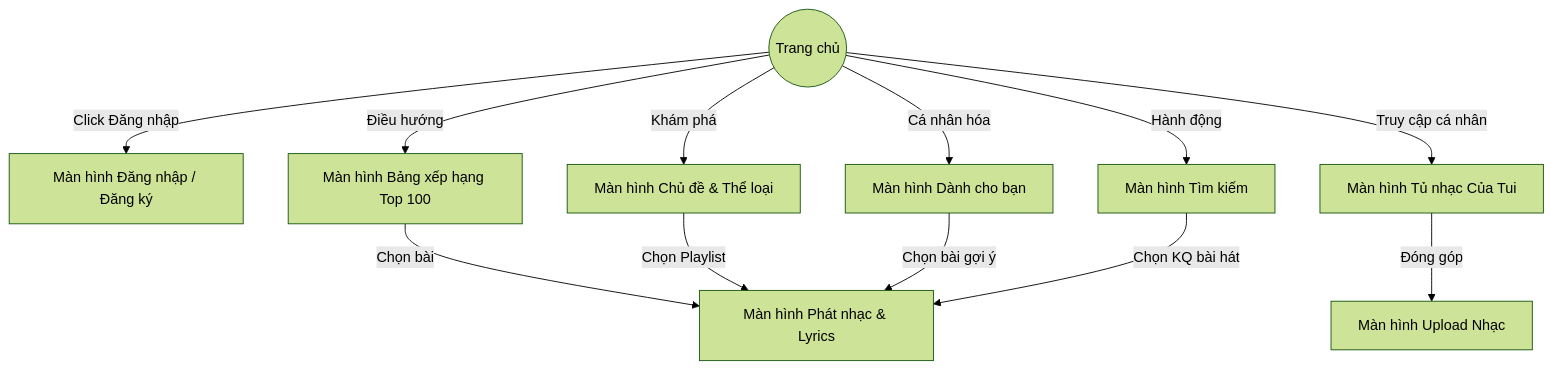
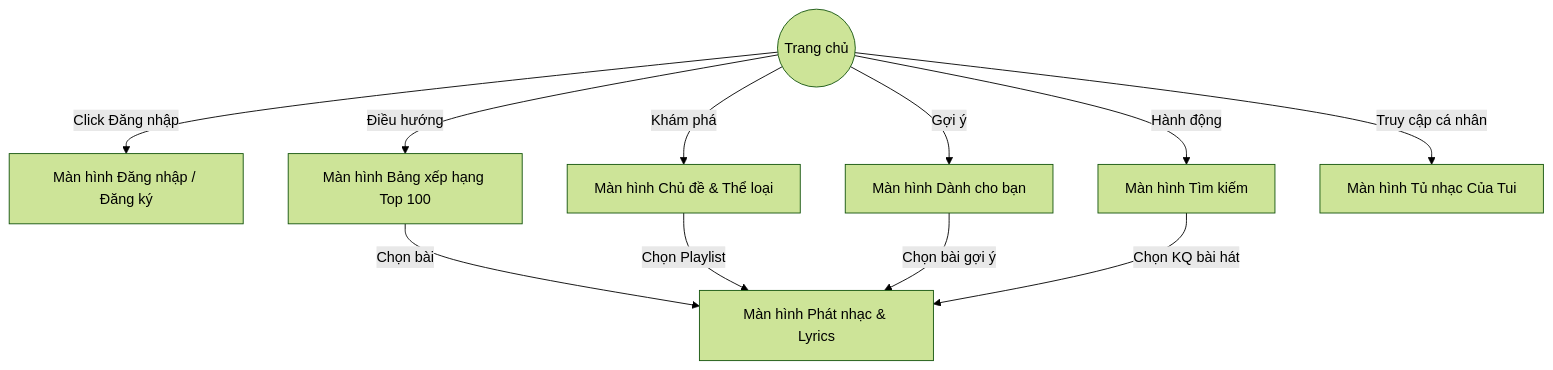
One commit to NguyenThaiVinh0494/DACNPM_OnlineMusicStreamingWebsite changed the fourth of 5 diagrams in Tài Liệu/SRS.md. Above: the diagram before and after it, drawn with Mermaid (forest theme). The commit also changed other lines of this file and 61 other files, not shown here.

````diff
--- a/Tài Liệu/SRS.md
+++ b/Tài Liệu/SRS.md
@@ -626,24 +617,22 @@
 ```mermaid
 graph TD
     Start((Trang chủ))
     Login[Màn hình Đăng nhập / Đăng ký]
     Search[Màn hình Tìm kiếm]
     Rank[Màn hình Bảng xếp hạng Top 100]
     Topic[Màn hình Chủ đề & Thể loại]
     ForYou[Màn hình Dành cho bạn]
     Player[Màn hình Phát nhạc & Lyrics]
     Library[Màn hình Tủ nhạc Của Tui]
-    Upload[Màn hình Upload Nhạc]
 
     Start --> |Điều hướng| Rank
     Start --> |Khám phá| Topic
-    Start --> |Cá nhân hóa| ForYou
+    Start --> |Gợi ý| ForYou
     Start --> |Hành động| Search
     Start --> |Click Đăng nhập| Login
     Rank --> |Chọn bài| Player
     Topic --> |Chọn Playlist| Player
     ForYou --> |Chọn bài gợi ý| Player
     Search --> |Chọn KQ bài hát| Player
     Start --> |Truy cập cá nhân| Library
-    Library --> |Đóng góp| Upload
 ```
````
